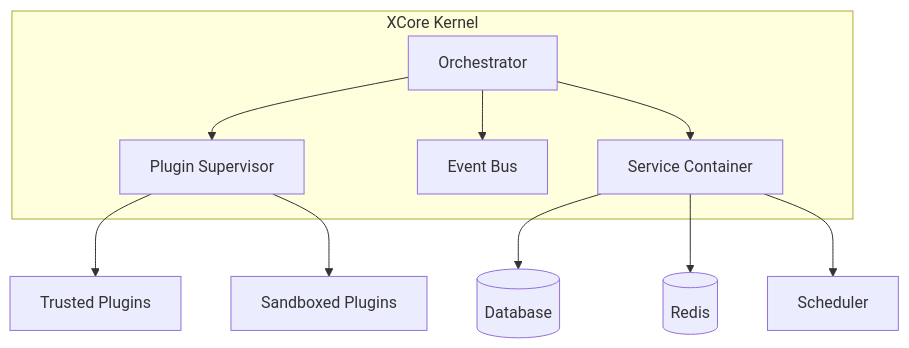
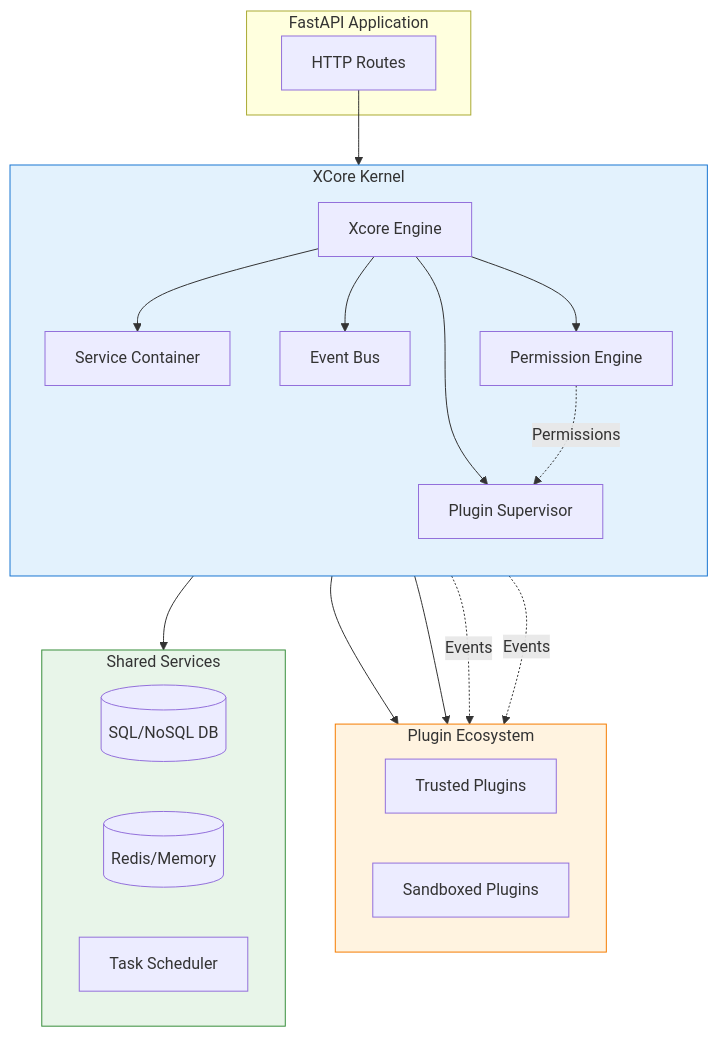
Before and after one commit to traoreera/xcore: the diagram in README.md, drawn with Mermaid. The commit also changed other lines of this file and 69 other files, not shown here.

````diff
--- a/README.md
+++ b/README.md
@@ -14,15 +27,45 @@
 ```mermaid
 flowchart TB
-    subgraph Core["XCore Kernel"]
-        X[Orchestrator] --> PS[Plugin Supervisor]
-        X --> EB[Event Bus]
-        X --> SC[Service Container]
+    subgraph App["FastAPI Application"]
+        FA[HTTP Routes]
     end
-    
-    PS --> Trusted[Trusted Plugins]
-    PS --> Sandbox[Sandboxed Plugins]
-    
-    SC --> DB[(Database)]
-    SC --> RD[(Redis)]
-    SC --> SCH[Scheduler]
+
+    subgraph Kernel["XCore Kernel"]
+        direction TB
+        X[Xcore Engine]
+        SC[Service Container]
+        PS[Plugin Supervisor]
+        EB[Event Bus]
+        PE[Permission Engine]
+    end
+
+    subgraph Plugins["Plugin Ecosystem"]
+        direction LR
+        TP[Trusted Plugins]
+        SP[Sandboxed Plugins]
+    end
+
+    subgraph Services["Shared Services"]
+        DB[(SQL/NoSQL DB)]
+        CACHE[(Redis/Memory)]
+        SCHED[Task Scheduler]
+    end
+
+    FA --> X
+    X --> SC
+    X --> PS
+    X --> EB
+    X --> PE
+
+    SC --> Services
+    PS --> TP
+    PS --> SP
+
+    EB -.->|Events| TP
+    EB -.->|Events| SP
+    PE -.->|Permissions| PS
+
+    style Kernel fill:#E3F2FD,stroke:#1976D2
+    style Plugins fill:#FFF3E0,stroke:#F57C00
+    style Services fill:#E8F5E9,stroke:#388E3C
 ```
````
